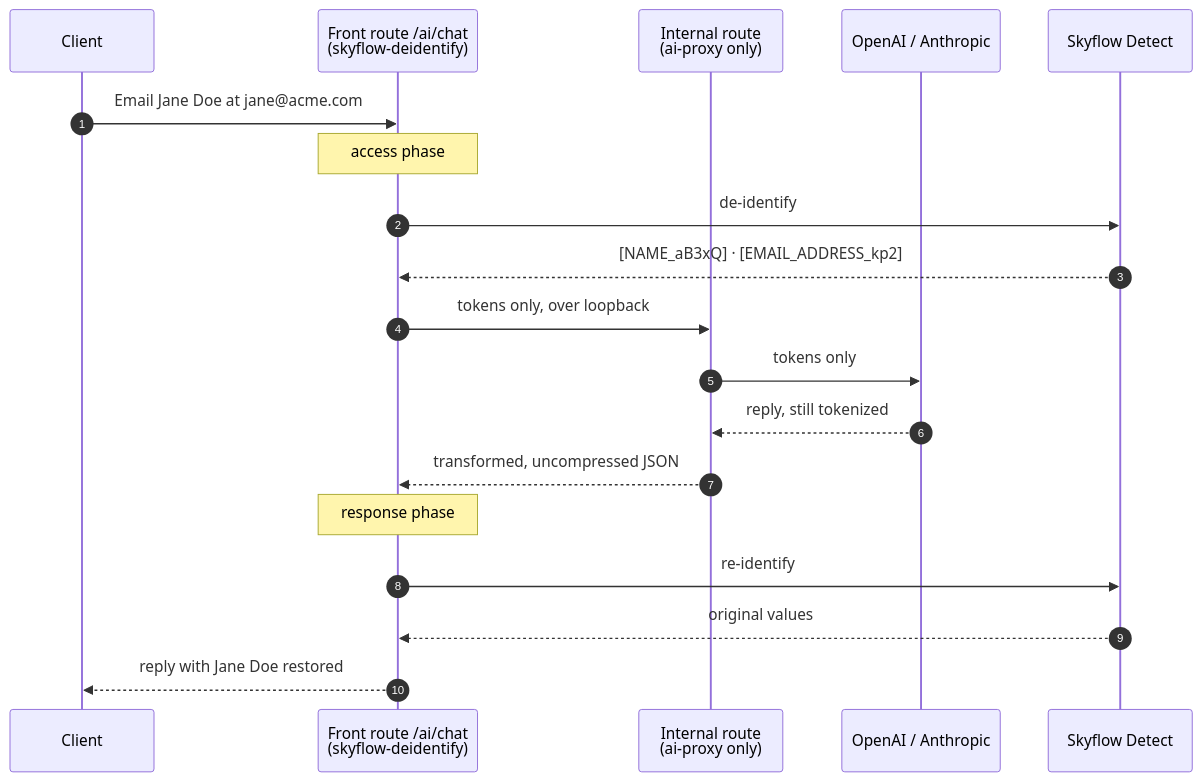
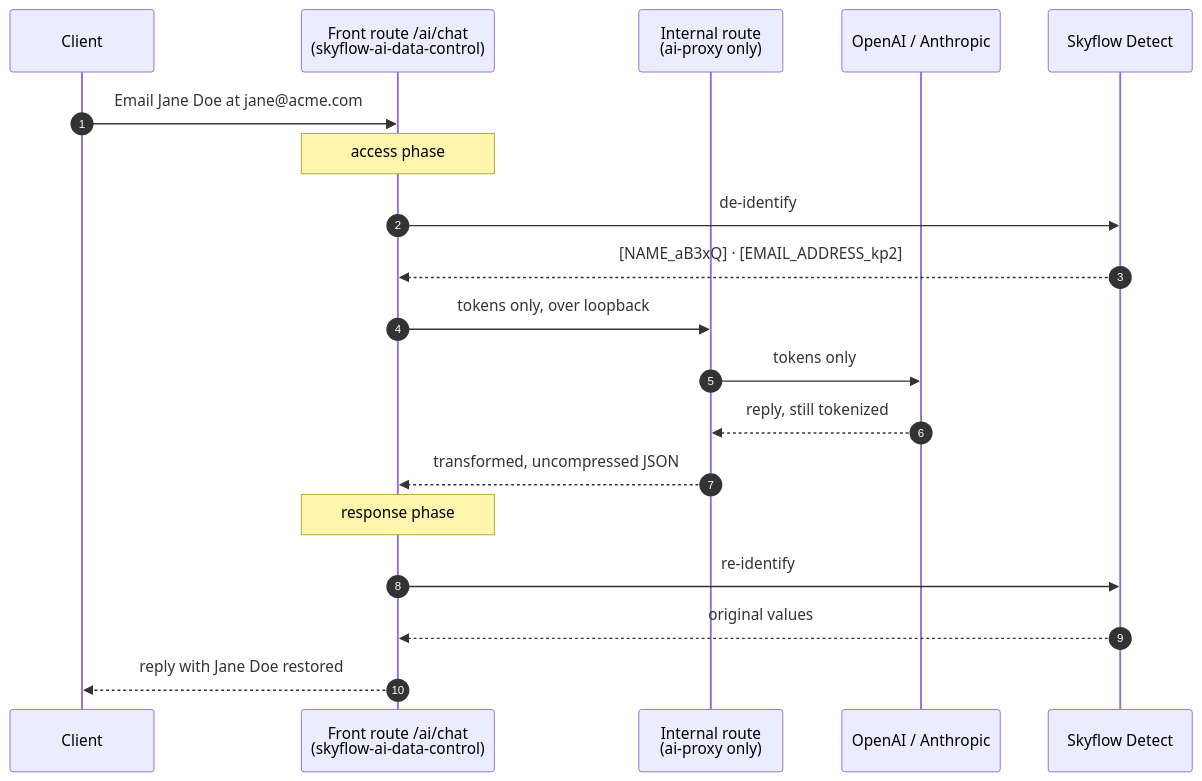
The second of 2 diagrams in README.md (SkyflowFoundry/skyflow-gateway-kong), drawn with Mermaid before and after one commit. The commit also changed other lines of this file and 29 other files, not shown here.

````diff
--- a/README.md
+++ b/README.md
@@ -109,22 +150,22 @@
 ```mermaid
 sequenceDiagram
     autonumber
     participant C as Client
-    participant F as Front route /ai/chat<br/>(skyflow-deidentify)
+    participant F as Front route /ai/chat<br/>(skyflow-ai-data-control)
     participant U as Internal route<br/>(ai-proxy only)
     participant P as OpenAI / Anthropic
     participant S as Skyflow Detect
 
     C->>F: Email Jane Doe at jane@acme.com
     Note over F: access phase
     F->>S: de-identify
     S-->>F: [NAME_aB3xQ] · [EMAIL_ADDRESS_kp2]
     F->>U: tokens only, over loopback
     U->>P: tokens only
     P-->>U: reply, still tokenized
     U-->>F: transformed, uncompressed JSON
     Note over F: response phase
     F->>S: re-identify
     S-->>F: original values
     F-->>C: reply with Jane Doe restored
 ```
````
